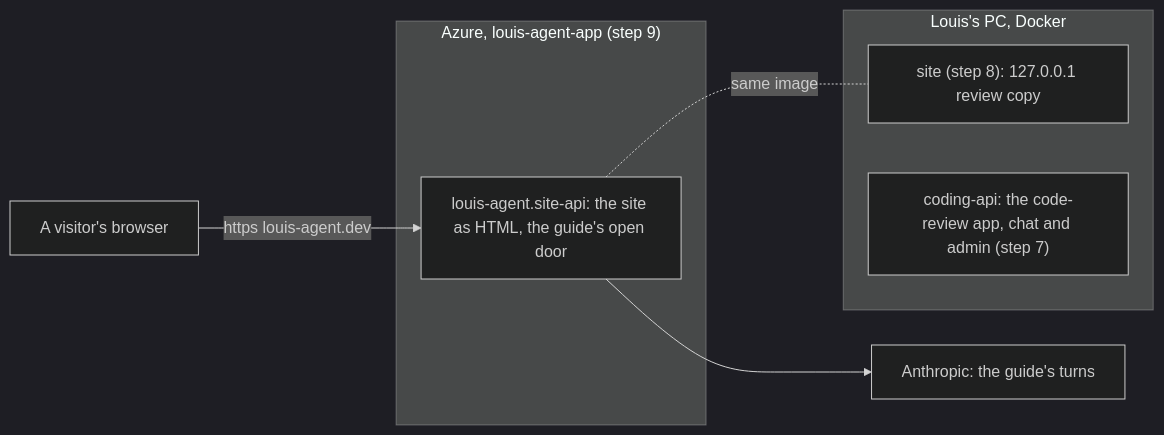
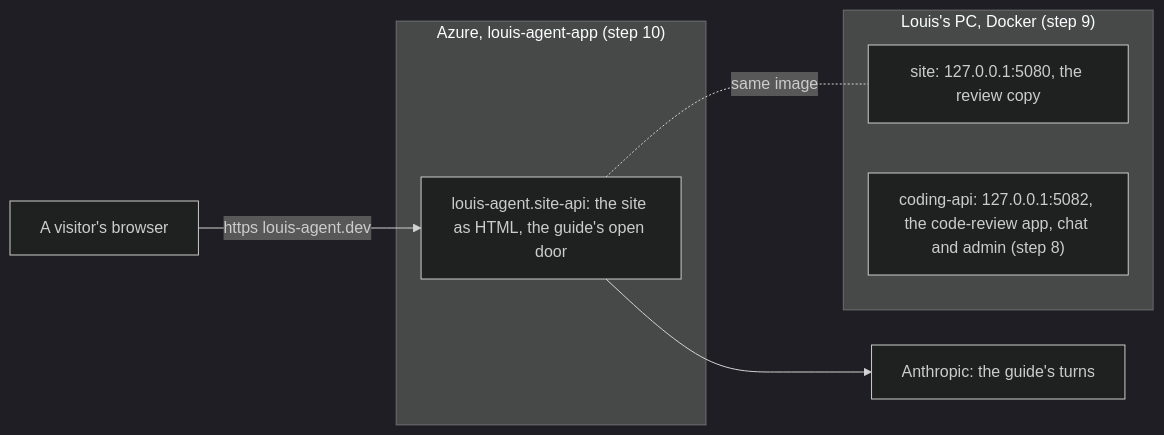
The second of 4 diagrams in src/docs/plans/F124-the-frameworks-website.md (bosbevk/louis-agent), drawn with Mermaid (dark theme) before and after one commit. The commit also changed other lines of this file and 1 other file, not shown here.

Commit message:
docs(f124): the plan with Louis's picks - 1A, 2A, 3B (the guide renamed louis-agent-guide)

````diff
--- a/src/docs/plans/F124-the-frameworks-website.md
+++ b/src/docs/plans/F124-the-frameworks-website.md
@@ -82,13 +96,13 @@
 ```mermaid
 flowchart LR
     visitor["A visitor's browser"] -->|https louis-agent.dev| siteapi
-    subgraph azure["Azure, louis-agent-app (step 9)"]
+    subgraph azure["Azure, louis-agent-app (step 10)"]
         siteapi["louis-agent.site-api: the site as HTML, the guide's open door"]
     end
     siteapi --> claude["Anthropic: the guide's turns"]
-    subgraph pc["Louis's PC, Docker"]
-        sitelocal["site (step 8): 127.0.0.1 review copy"]
-        coding["coding-api: the code-review app, chat and admin (step 7)"]
+    subgraph pc["Louis's PC, Docker (step 9)"]
+        sitelocal["site: 127.0.0.1:5080, the review copy"]
+        coding["coding-api: 127.0.0.1:5082, the code-review app, chat and admin (step 8)"]
     end
     siteapi -. same image .- sitelocal
 ```
````
